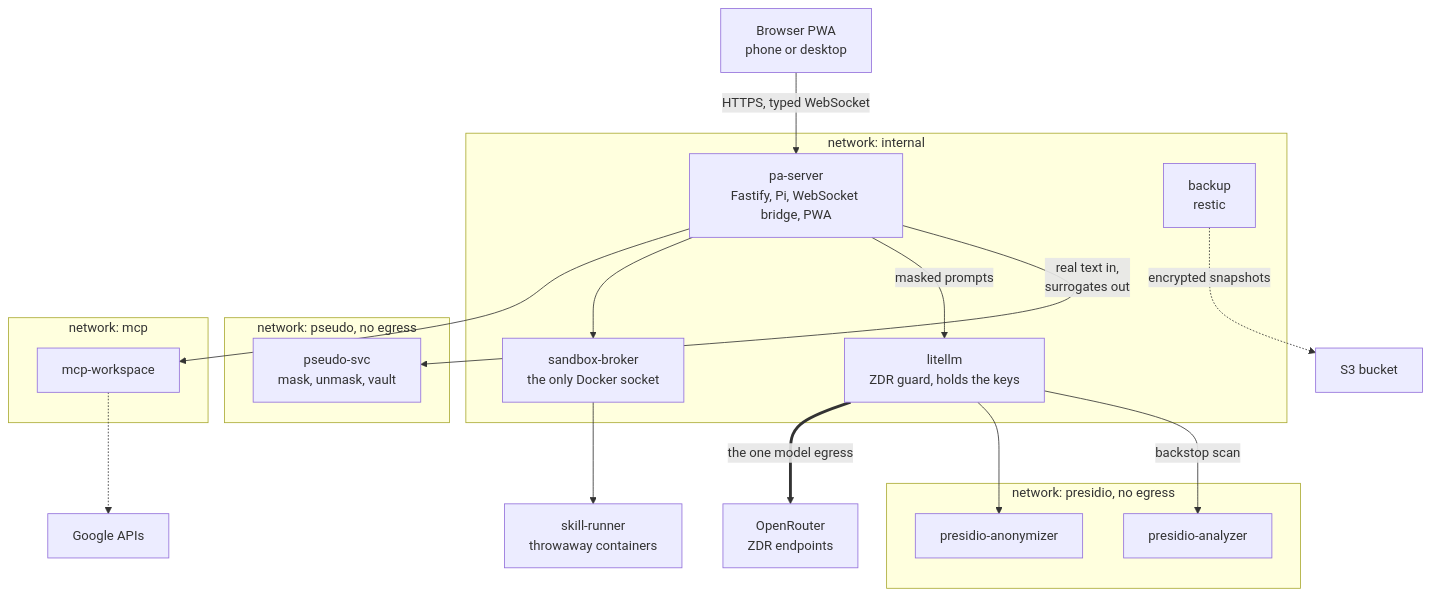
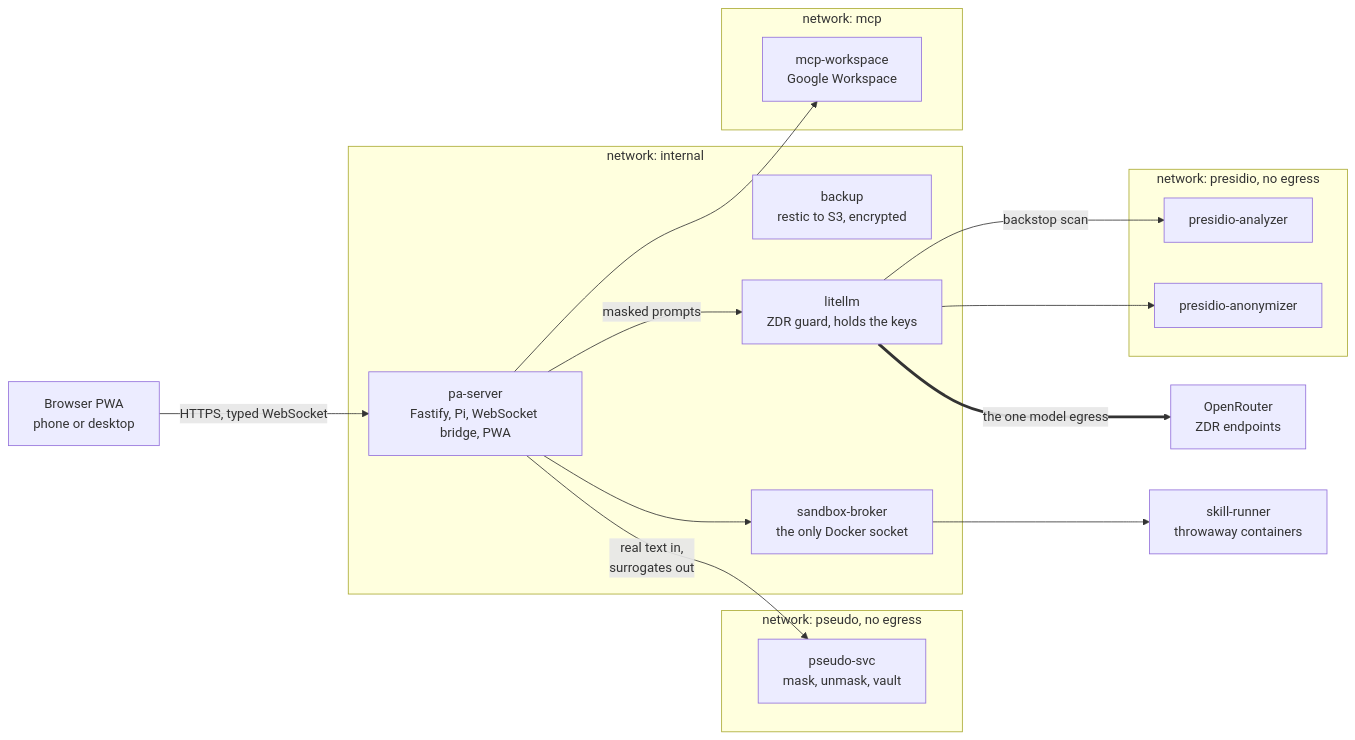
The diagram in README.md (ahulkkonen/nolla-assistant), drawn with Mermaid before and after one commit. The commit also changed other lines of this file and 10 other files, not shown here.

````diff
--- a/README.md
+++ b/README.md
@@ -87,38 +98,33 @@
 ```mermaid
-flowchart TB
+flowchart LR
   browser["Browser PWA<br/>phone or desktop"]
 
+  subgraph pseudo["network: pseudo, no egress"]
+    psvc["pseudo-svc<br/>mask, unmask, vault"]
+  end
   subgraph internal["network: internal"]
     server["pa-server<br/>Fastify, Pi, WebSocket bridge, PWA"]
+    backup["backup<br/>restic to S3, encrypted"]
     litellm["litellm<br/>ZDR guard, holds the keys"]
     broker["sandbox-broker<br/>the only Docker socket"]
-    backup["backup<br/>restic"]
-  end
-  subgraph pseudo["network: pseudo, no egress"]
-    psvc["pseudo-svc<br/>mask, unmask, vault"]
   end
   subgraph presidio["network: presidio, no egress"]
     analyzer["presidio-analyzer"]
     anonymizer["presidio-anonymizer"]
   end
+  openrouter["OpenRouter<br/>ZDR endpoints"]
+  runner["skill-runner<br/>throwaway containers"]
   subgraph mcp["network: mcp"]
-    workspace["mcp-workspace"]
+    workspace["mcp-workspace<br/>Google Workspace"]
   end
-  runner["skill-runner<br/>throwaway containers"]
-
-  openrouter["OpenRouter<br/>ZDR endpoints"]
-  google["Google APIs"]
-  s3["S3 bucket"]
 
   browser -- "HTTPS, typed WebSocket" --> server
   server -- "real text in,<br/>surrogates out" --> psvc
   server -- "masked prompts" --> litellm
   litellm -- "backstop scan" --> analyzer
   litellm --> anonymizer
   litellm == "the one model egress" ==> openrouter
   server --> broker
   broker --> runner
   server --> workspace
-  workspace -.-> google
-  backup -. "encrypted snapshots" .-> s3
 ```
````
